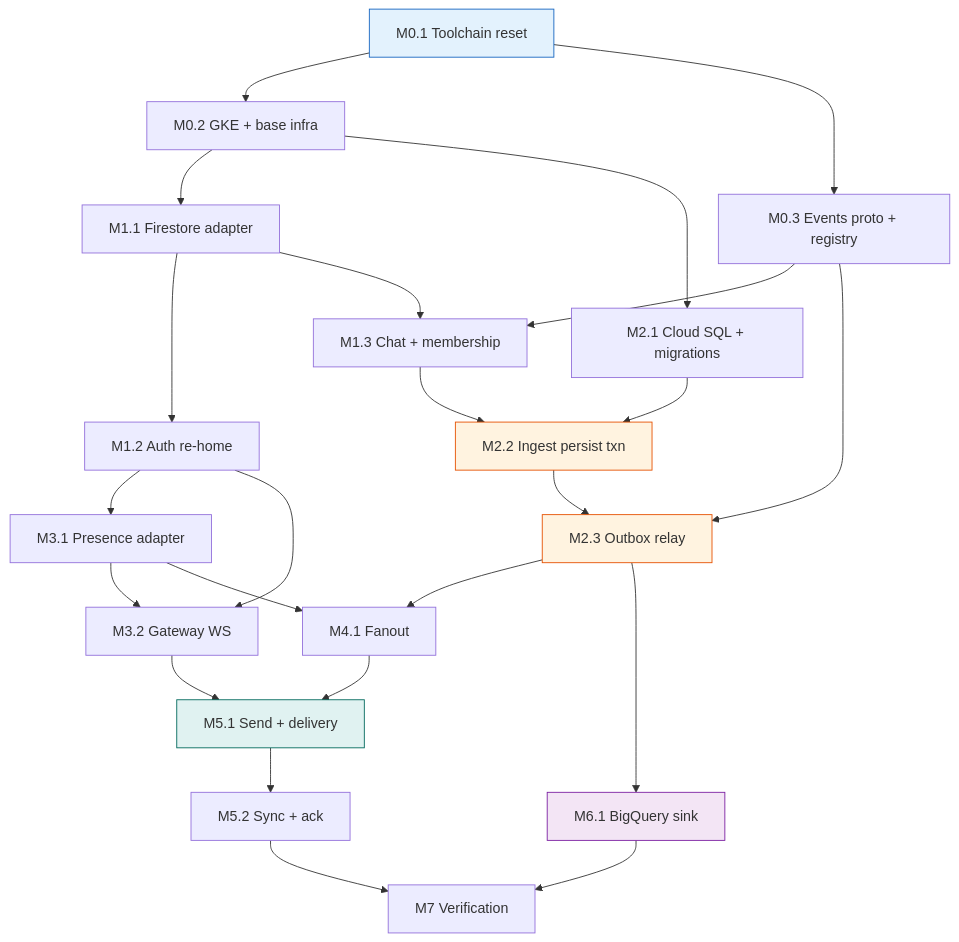
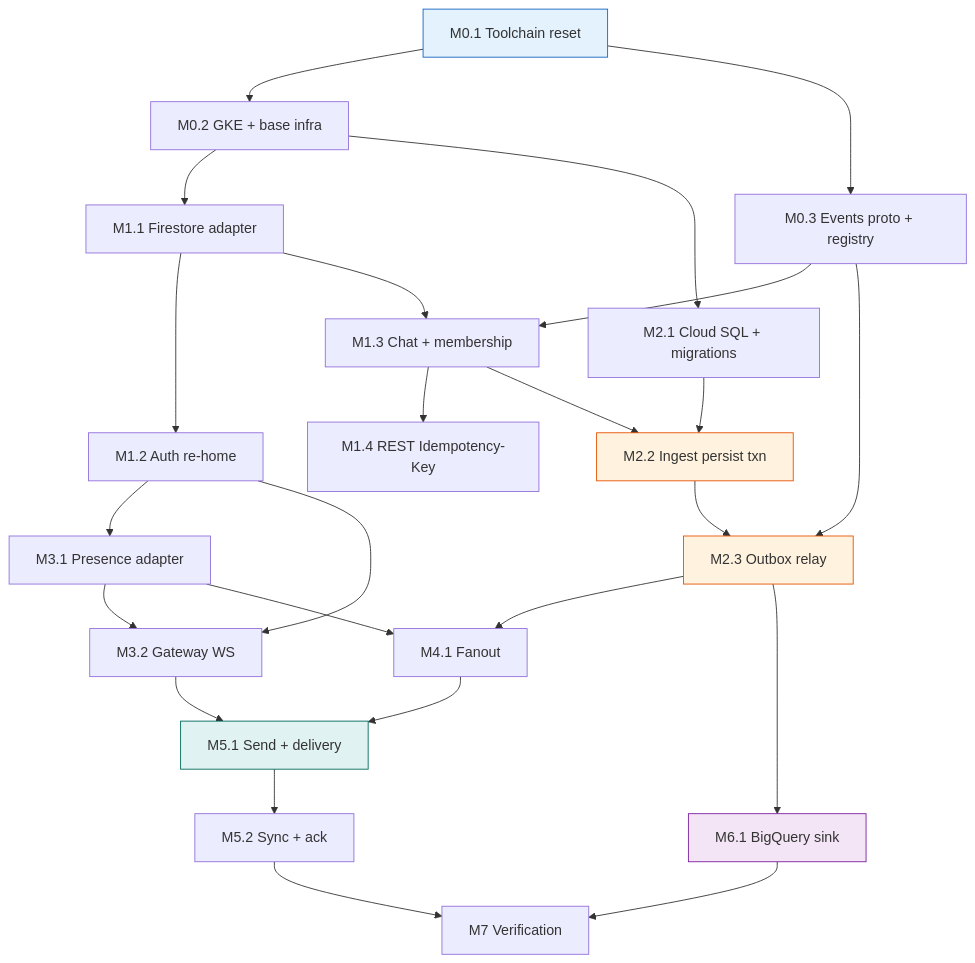
One commit to ae-lexs/realtime-messaging-platform changed the diagram in docs/EXECUTION_PLAN.md. Above: the diagram before and after it, drawn with Mermaid. The commit also changed other lines of this file and 2 other files, not shown here.

First line of the commit message:
docs: re-home ADR-006 §10 Idempotency-Key to Firestore; plan v2.8 with M1.4 (#30)

````diff
--- a/docs/EXECUTION_PLAN.md
+++ b/docs/EXECUTION_PLAN.md
@@ -197,30 +253,31 @@
 ```mermaid
 flowchart TD
     M01["M0.1 Toolchain reset"] --> M02["M0.2 GKE + base infra"]
     M01 --> M03["M0.3 Events proto + registry"]
     M02 --> M11["M1.1 Firestore adapter"]
     M11 --> M12["M1.2 Auth re-home"]
     M11 --> M13["M1.3 Chat + membership"]
     M03 --> M13
+    M13 --> M14["M1.4 REST Idempotency-Key"]
     M02 --> M21["M2.1 Cloud SQL + migrations"]
     M21 --> M22["M2.2 Ingest persist txn"]
     M13 --> M22
     M22 --> M23["M2.3 Outbox relay"]
     M03 --> M23
     M12 --> M31["M3.1 Presence adapter"]
     M31 --> M32["M3.2 Gateway WS"]
     M12 --> M32
     M23 --> M41["M4.1 Fanout"]
     M31 --> M41
     M32 --> M51["M5.1 Send + delivery"]
     M41 --> M51
     M51 --> M52["M5.2 Sync + ack"]
     M23 --> M61["M6.1 BigQuery sink"]
     M52 --> M7["M7 Verification"]
     M61 --> M7
     style M01 fill:#e3f2fd,stroke:#1565c0
     style M22 fill:#fff3e0,stroke:#e65100
     style M23 fill:#fff3e0,stroke:#e65100
     style M51 fill:#e0f2f1,stroke:#00695c
     style M61 fill:#f3e5f5,stroke:#7b1fa2
 ```
````
